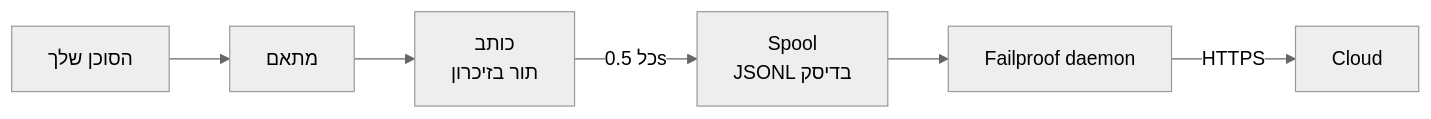
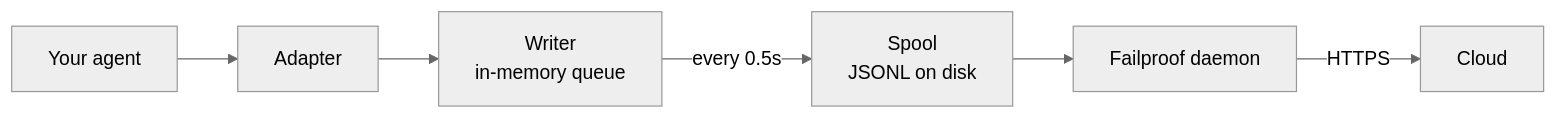
Before and after one commit to FailproofAI/failproofai: the second of 2 diagrams in docs/he/start/integrations/custom-agents.mdx, drawn with Mermaid (neutral theme). The commit also changed other lines of this file and 13 other files, not shown here.

````diff
--- a/docs/he/start/integrations/custom-agents.mdx
+++ b/docs/he/start/integrations/custom-agents.mdx
@@ -616,8 +616,8 @@
 ```mermaid
 flowchart LR
-    A["הסוכן שלך"] --> B["מתאם"]
-    B --> C["כותב<br/>תור בזיכרון"]
-    C -->|"כל 0.5s"| D["Spool<br/>JSONL בדיסק"]
+    A["Your agent"] --> B["Adapter"]
+    B --> C["Writer<br/>in-memory queue"]
+    C -->|"every 0.5s"| D["Spool<br/>JSONL on disk"]
     D --> E["Failproof daemon"]
     E -->|"HTTPS"| F["Cloud"]
 ```
````
